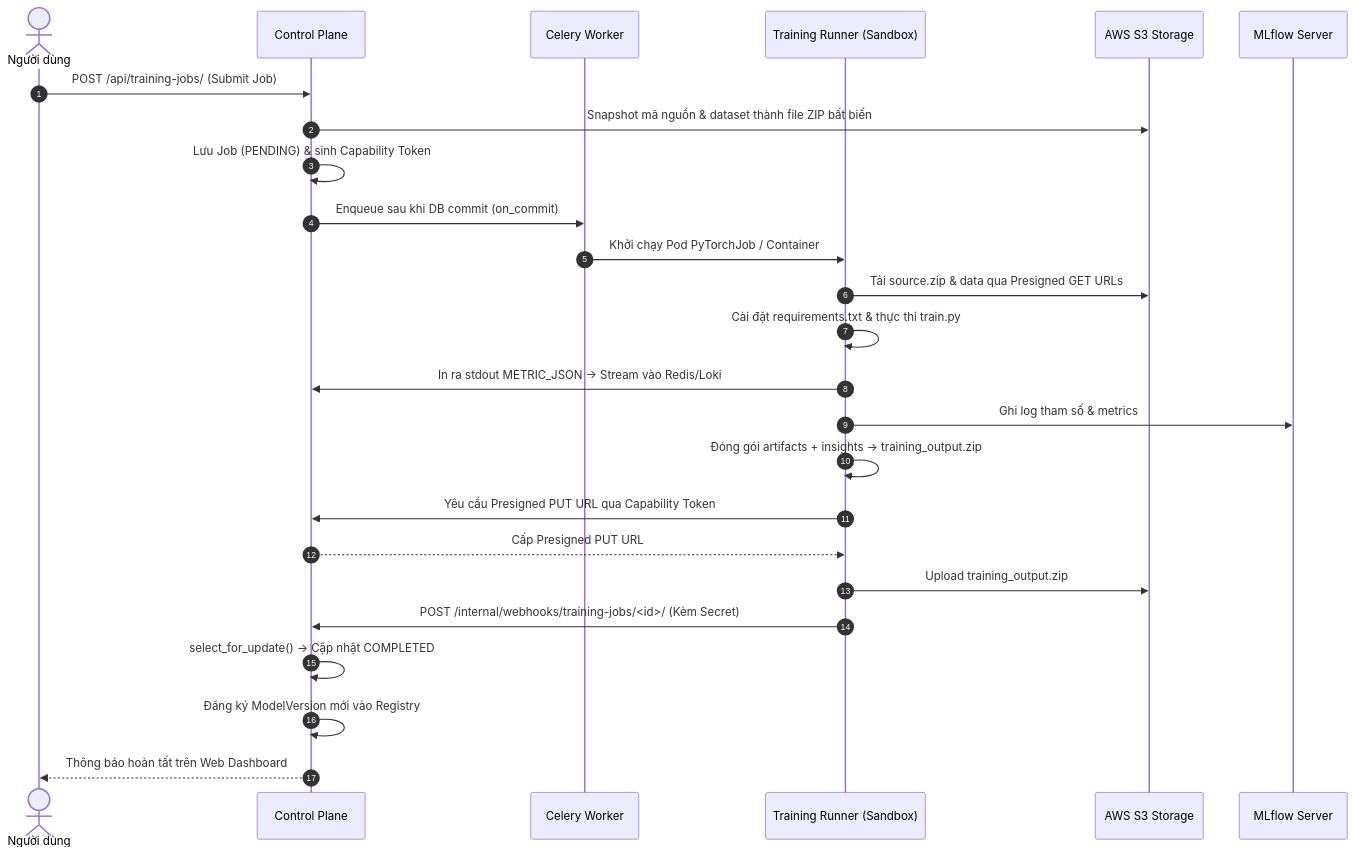
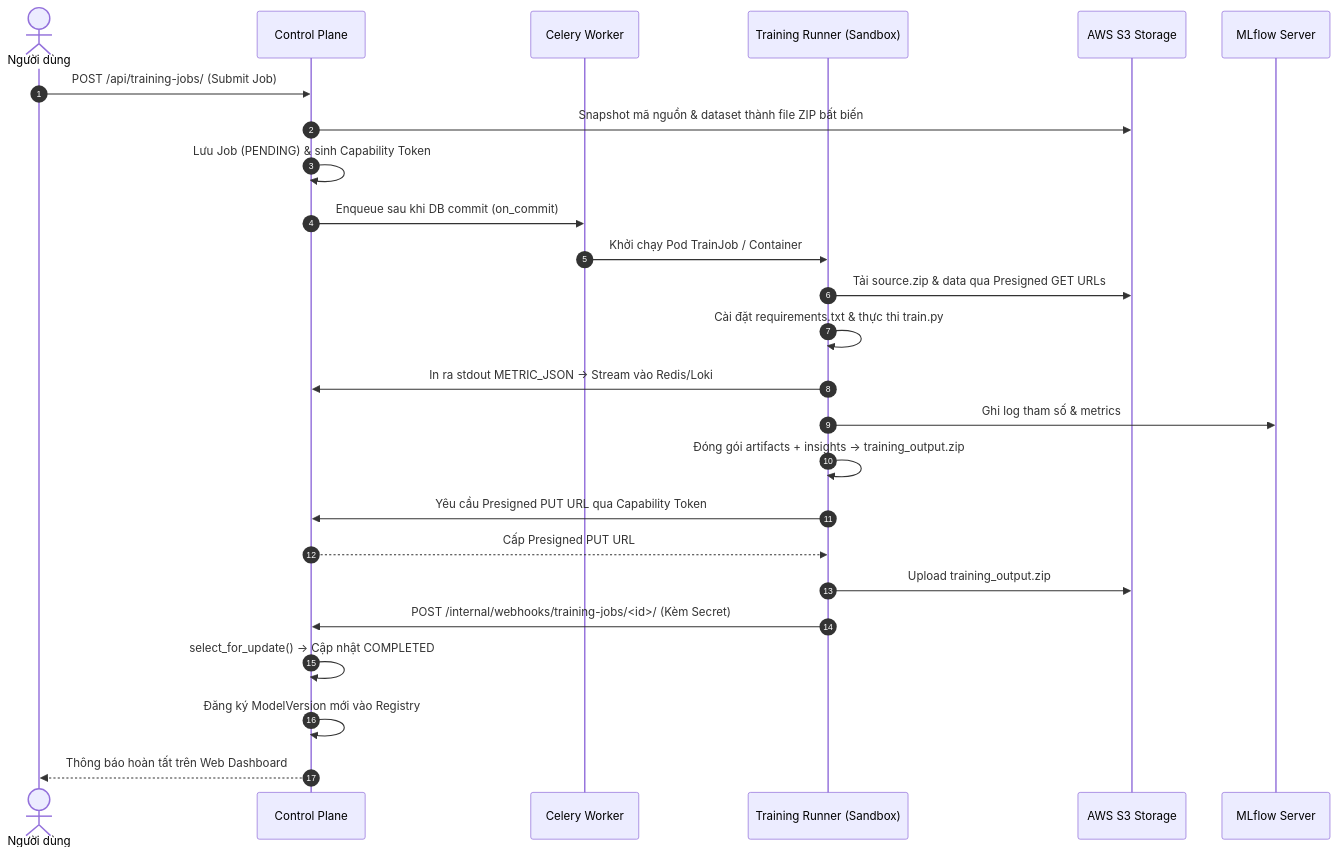
Before and after one commit to Viet-Hoang-2005/MLOps-paas-system: the sixth of 8 diagrams in ARCHITECTURE.md, drawn with Mermaid. The commit also changed other lines of this file and 49 other files, not shown here.

````diff
--- a/ARCHITECTURE.md
+++ b/ARCHITECTURE.md
@@ -315,28 +315,28 @@
 ```mermaid
 sequenceDiagram
     autonumber
     actor User as Người dùng
     participant CP as Control Plane
     participant Celery as Celery Worker
     participant Runner as Training Runner (Sandbox)
     participant S3 as AWS S3 Storage
     participant MLflow as MLflow Server
 
     User->>CP: POST /api/training-jobs/ (Submit Job)
     CP->>S3: Snapshot mã nguồn & dataset thành file ZIP bất biến
     CP->>CP: Lưu Job (PENDING) & sinh Capability Token
     CP->>Celery: Enqueue sau khi DB commit (on_commit)
-    Celery->>Runner: Khởi chạy Pod PyTorchJob / Container
+    Celery->>Runner: Khởi chạy Pod TrainJob / Container
     Runner->>S3: Tải source.zip & data qua Presigned GET URLs
     Runner->>Runner: Cài đặt requirements.txt & thực thi train.py
     Runner->>CP: In ra stdout METRIC_JSON -> Stream vào Redis/Loki
     Runner->>MLflow: Ghi log tham số & metrics
     Runner->>Runner: Đóng gói artifacts + insights -> training_output.zip
     Runner->>CP: Yêu cầu Presigned PUT URL qua Capability Token
     CP-->>Runner: Cấp Presigned PUT URL
     Runner->>S3: Upload training_output.zip
     Runner->>CP: POST /internal/webhooks/training-jobs/<id>/ (Kèm Secret)
     CP->>CP: select_for_update() -> Cập nhật COMPLETED
     CP->>CP: Đăng ký ModelVersion mới vào Registry
     CP-->>User: Thông báo hoàn tất trên Web Dashboard
 ```
````
